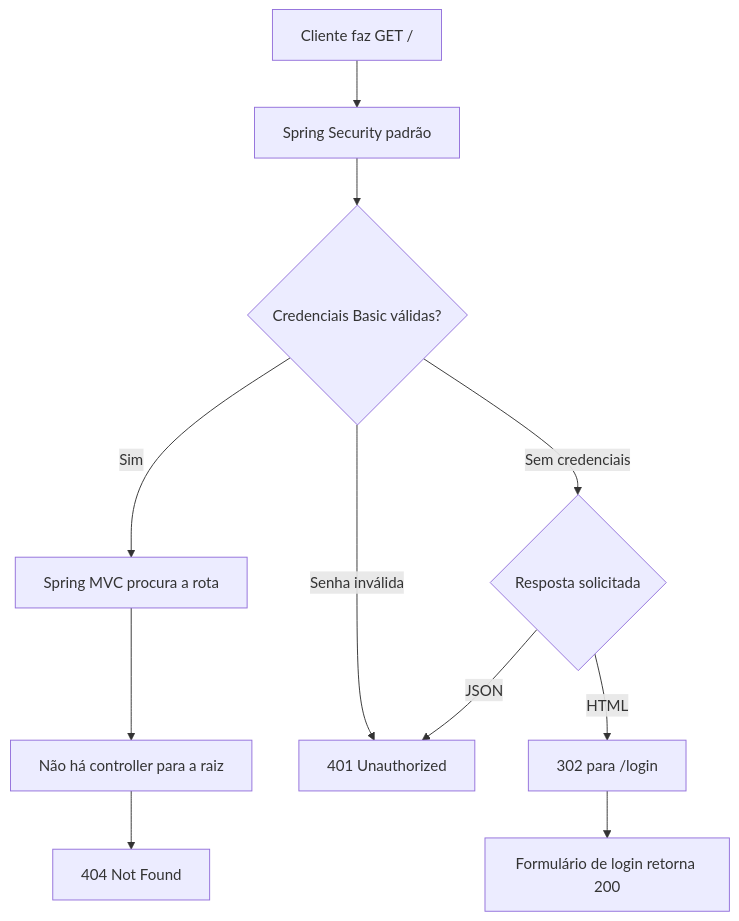
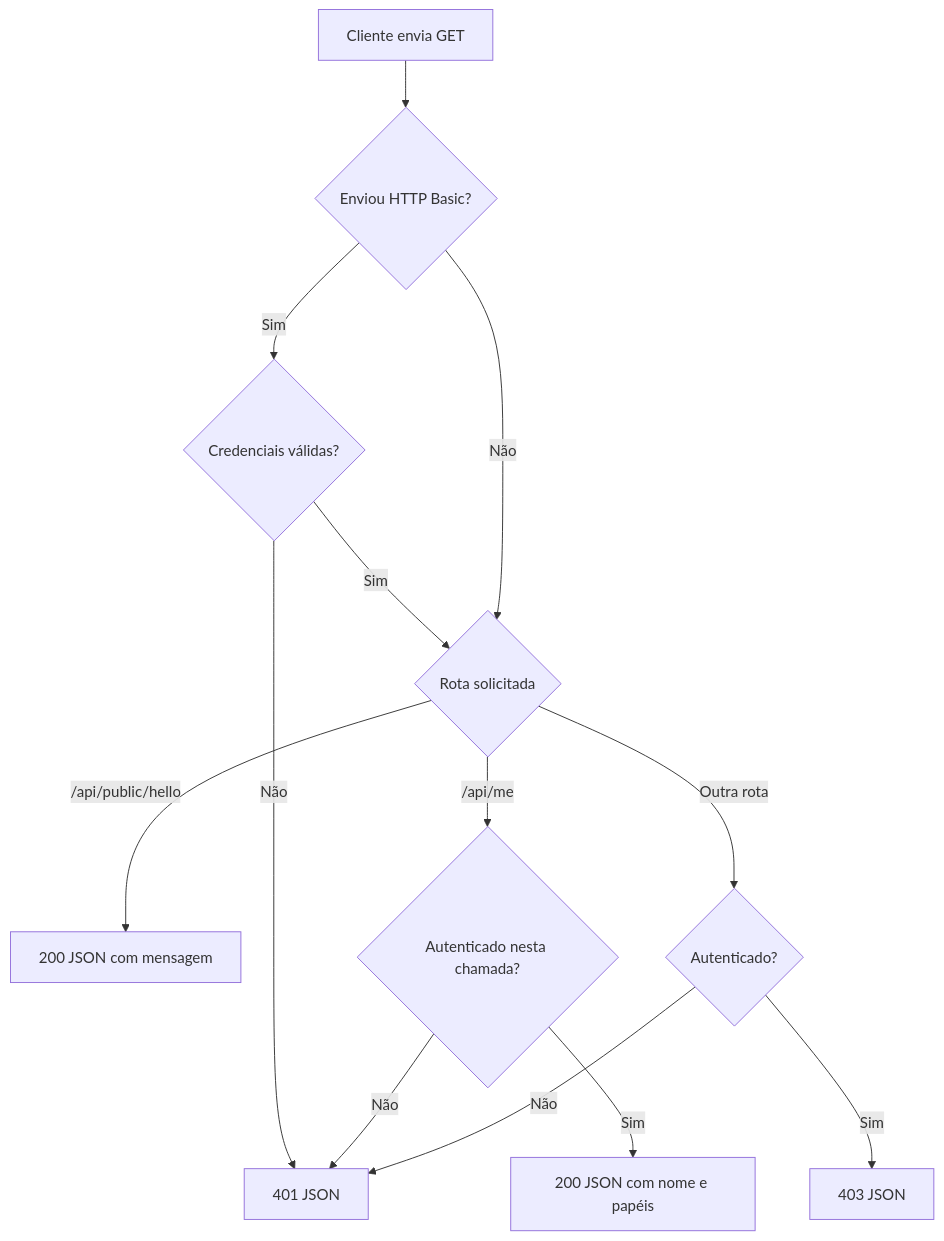
Before and after one commit to Emersonfarias93/spring-security: the first of 3 diagrams in docs/diagramas.md, drawn with Mermaid. The commit also changed other lines of this file and 8 other files, not shown here.

````diff
--- a/docs/diagramas.md
+++ b/docs/diagramas.md
@@ -9,13 +9,15 @@
 ```mermaid
 flowchart TD
-    A[Cliente faz GET /] --> B[Spring Security padrão]
-    B --> C{Credenciais Basic válidas?}
-    C -->|Sim| D[Spring MVC procura a rota]
-    D --> E[Não há controller para a raiz]
-    E --> F[404 Not Found]
-    C -->|Senha inválida| G[401 Unauthorized]
-    C -->|Sem credenciais| H{Resposta solicitada}
-    H -->|JSON| G
-    H -->|HTML| I[302 para /login]
-    I --> J[Formulário de login retorna 200]
+    A[Cliente envia GET] --> B{Enviou HTTP Basic?}
+    B -->|Sim| C{Credenciais válidas?}
+    C -->|Não| U[401 JSON]
+    C -->|Sim| D{Rota solicitada}
+    B -->|Não| D
+    D -->|/api/public/hello| P[200 JSON com mensagem]
+    D -->|/api/me| E{Autenticado nesta chamada?}
+    E -->|Sim| M[200 JSON com nome e papéis]
+    E -->|Não| U
+    D -->|Outra rota| F{Autenticado?}
+    F -->|Sim| X[403 JSON]
+    F -->|Não| U
 ```
````
